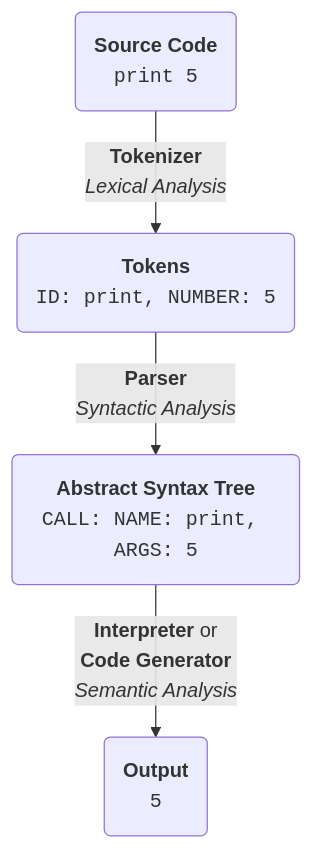
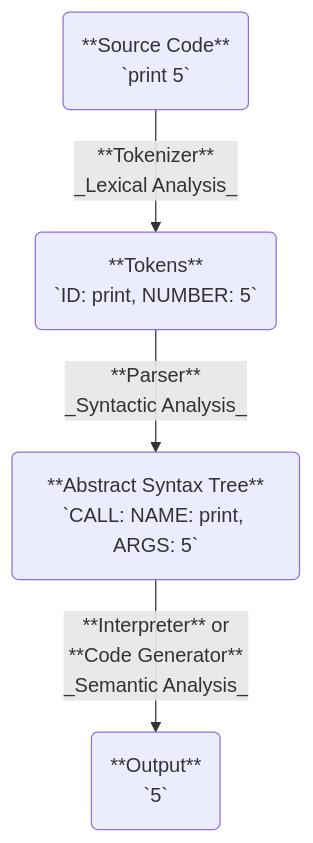
One commit to Bricktech2000/Notes changed the diagram in notes/programming language.md. Above: the diagram before and after it, drawn with Mermaid. The commit also changed 25 other files, not shown here.

````diff
--- a/notes/programming language.md
+++ b/notes/programming language.md
@@ -23,9 +23,9 @@
 ```mermaid
 graph TD
-  A(<strong>Source Code</strong><br /><code>print 5</code>)
-  B(<strong>Tokens</strong><br /><code>ID: print, NUMBER: 5</code>)
-  C(<strong>Abstract Syntax Tree</strong><br /><code>CALL: NAME: print, ARGS: 5</code>)
-  D(<strong>Output</strong><br /><code>5</code>)
+  A(**Source Code**<br />`print 5`)
+  B(**Tokens**<br />`ID: print, NUMBER: 5`)
+  C(**Abstract Syntax Tree**<br />`CALL: NAME: print, ARGS: 5`)
+  D(**Output**<br />`5`)
 
-  A -- <strong>Tokenizer</strong><br /><em>Lexical Analysis</em> --> B -- <strong>Parser</strong><br /><em>Syntactic Analysis</em> --> C -- <strong>Interpreter</strong> or<br /><strong>Code Generator</strong><br /><em>Semantic Analysis</em> --> D
+  A -- **Tokenizer**<br />_Lexical Analysis_ --> B -- **Parser**<br />_Syntactic Analysis_ --> C -- **Interpreter** or<br />**Code Generator**<br />_Semantic Analysis_ --> D
 ```
````
